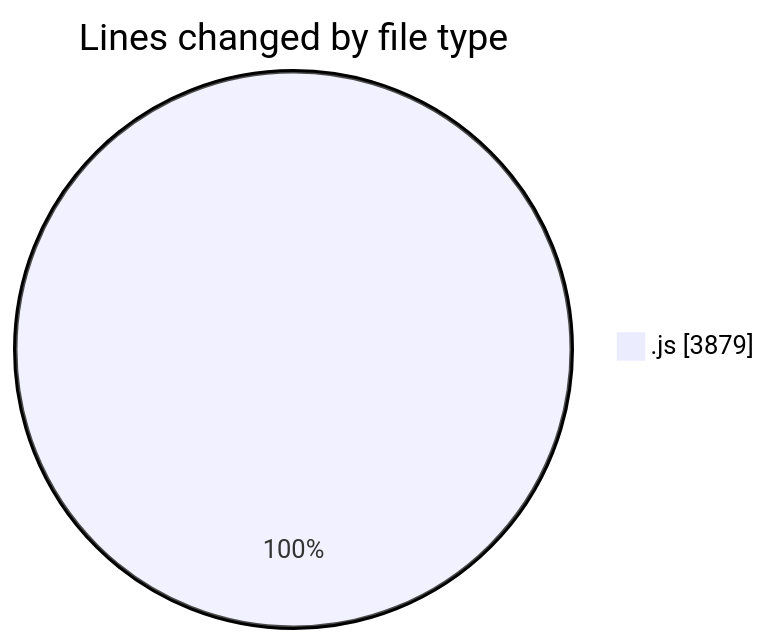
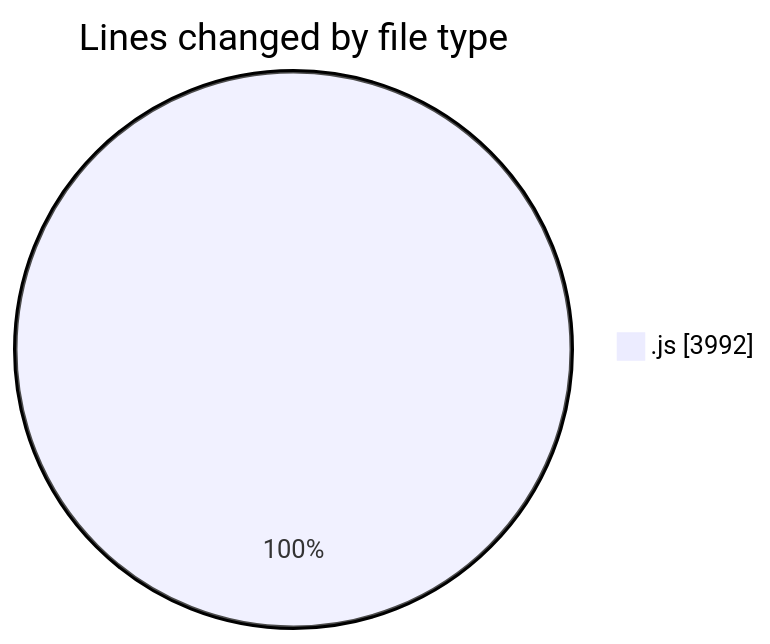
Before and after one commit to nxtqubesakshisongat/code-tracking: the first of 2 diagrams in 2025-12-12/nxtqube_webapp/README.md, drawn with Mermaid. The commit also changed other lines of this file and 1 other file, not shown here.

````diff
--- a/2025-12-12/nxtqube_webapp/README.md
+++ b/2025-12-12/nxtqube_webapp/README.md
@@ -22,5 +23,5 @@
 ```mermaid
 pie showData
 title Lines changed by file type
-".js" : 3879
+".js" : 3992
 ```
````
